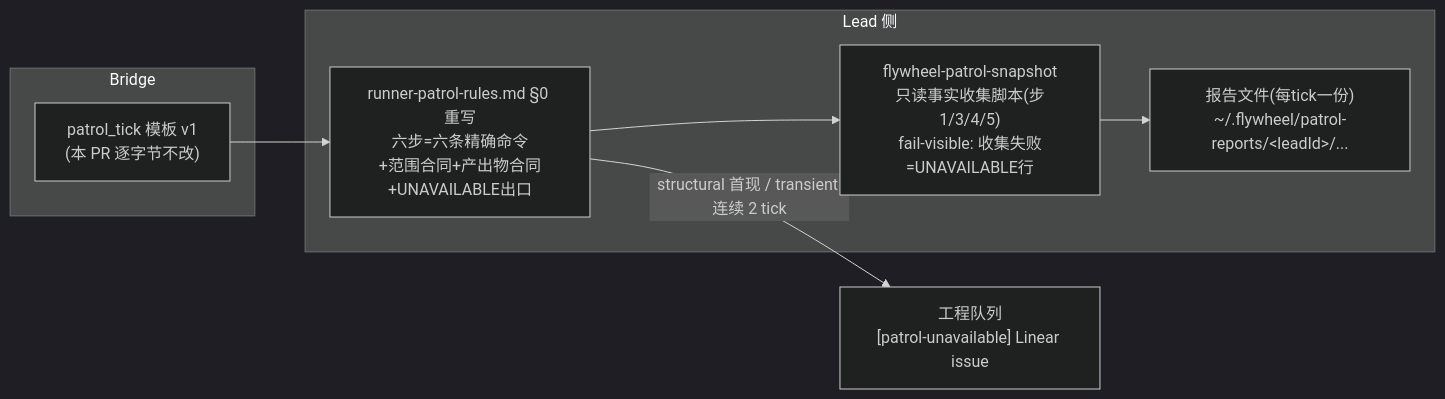
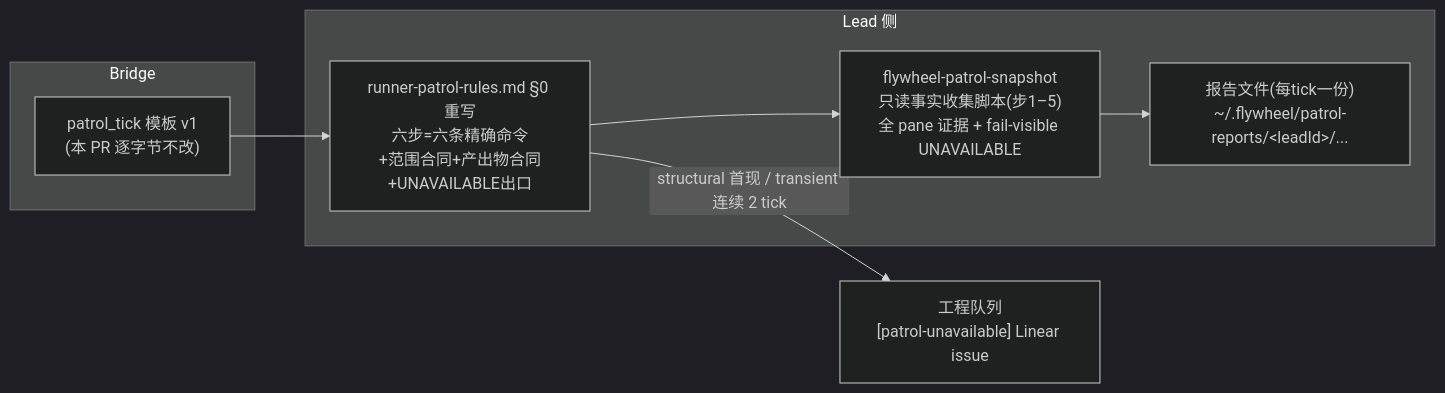
One commit to xrliAnnie/flywheel-qa-sandbox changed the diagram in engineering/doc/FLY-1855-patrol-rules-executable/plan.md. Above: the diagram before and after it, drawn with Mermaid (dark theme). The commit also changed other lines of this file, not shown here.

Commit message:
docs: add founder pane patrol criteria

````diff
--- a/engineering/doc/FLY-1855-patrol-rules-executable/plan.md
+++ b/engineering/doc/FLY-1855-patrol-rules-executable/plan.md
@@ -43,16 +43,16 @@
 ```mermaid
 flowchart LR
     subgraph Bridge
         T["patrol_tick 模板 v1<br/>(本 PR 逐字节不改)"]
     end
     subgraph Lead 侧
         R["runner-patrol-rules.md §0 重写<br/>六步=六条精确命令<br/>+范围合同+产出物合同+UNAVAILABLE出口"]
-        S["flywheel-patrol-snapshot<br/>只读事实收集脚本(步1/3/4/5)<br/>fail-visible: 收集失败=UNAVAILABLE行"]
+        S["flywheel-patrol-snapshot<br/>只读事实收集脚本(步1–5)<br/>全 pane 证据 + fail-visible UNAVAILABLE"]
         P["报告文件(每tick一份)<br/>~/.flywheel/patrol-reports/&lt;leadId&gt;/..."]
     end
     Q["工程队列<br/>[patrol-unavailable] Linear issue"]
     T --> R
     R --> S
     S --> P
     R -->|"structural 首现 / transient 连续 2 tick"| Q
 ```
````
